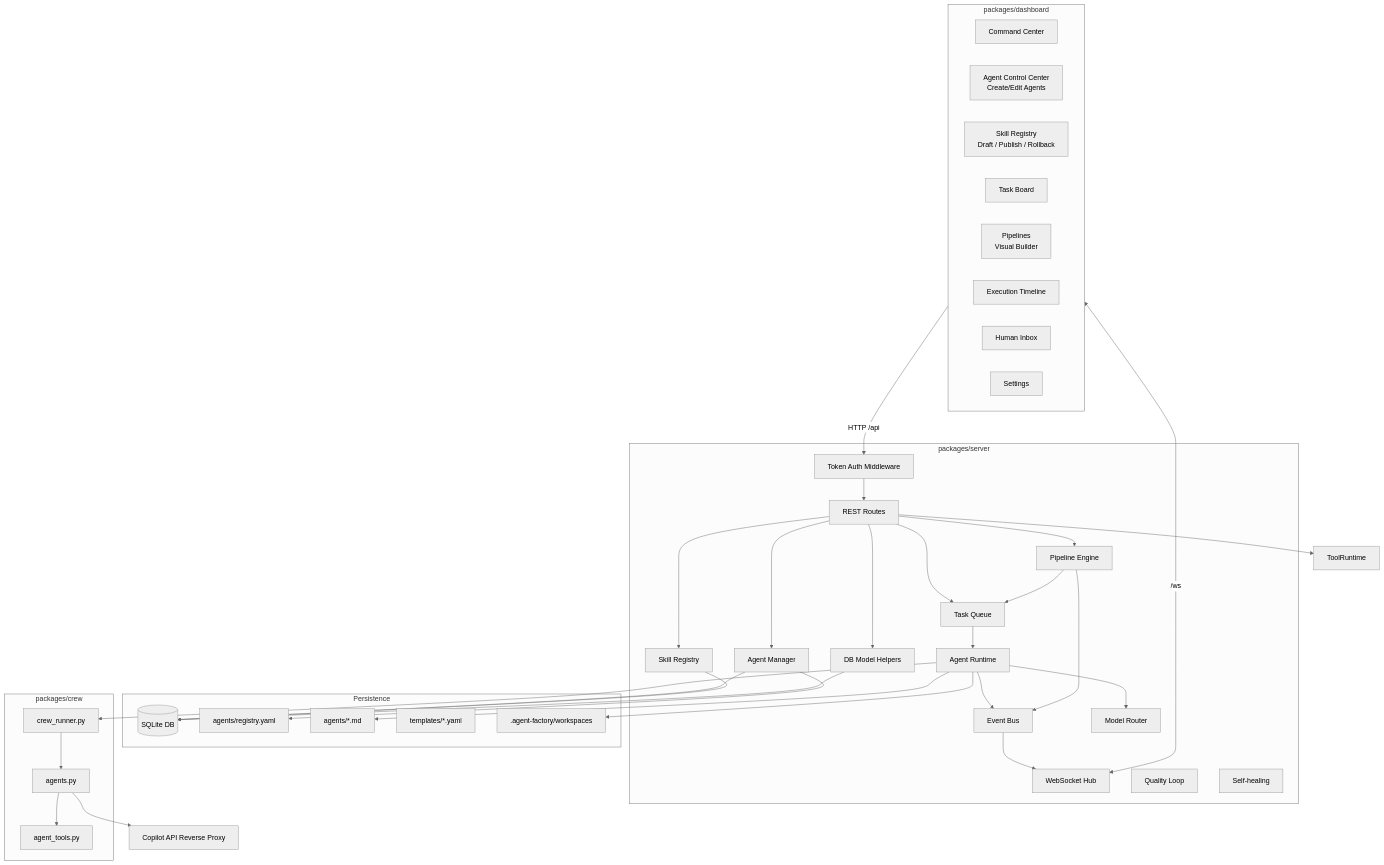
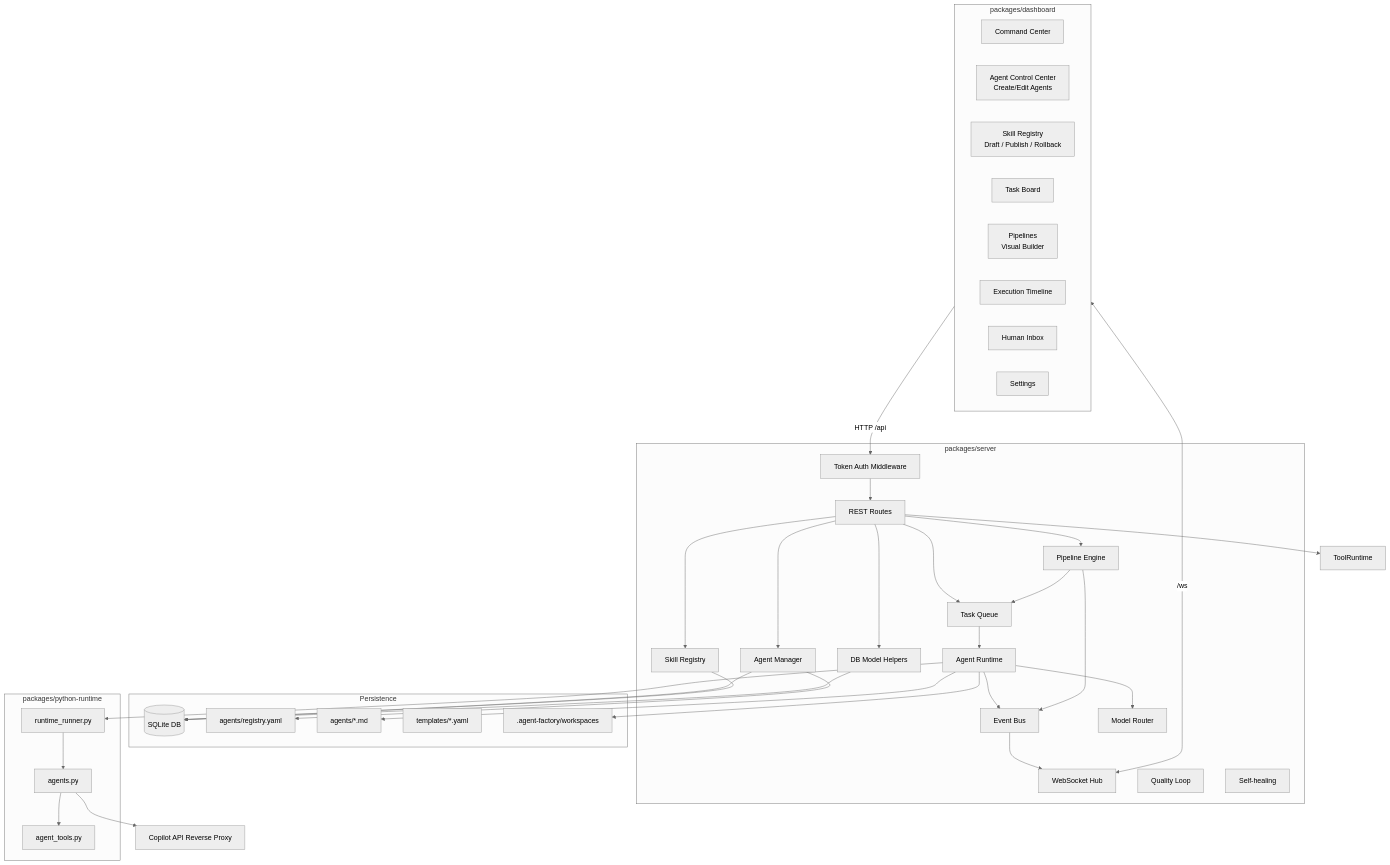
Before and after one commit to Zchary1106/Myrmecia: the second of 13 diagrams in docs/ARCHITECTURE.md, drawn with Mermaid (neutral theme). The commit also changed other lines of this file and 34 other files, not shown here.

First line of the commit message:
refactor: rename CrewAI runtime to Agent Factory Python Runtime

````diff
--- a/docs/ARCHITECTURE.md
+++ b/docs/ARCHITECTURE.md
@@ -37,68 +37,68 @@
 ```mermaid
 flowchart TB
   subgraph Dashboard["packages/dashboard"]
     Command[Command Center]
     Agents[Agent Control Center<br/>Create/Edit Agents]
     SkillPage[Skill Registry<br/>Draft / Publish / Rollback]
     Tasks[Task Board]
     Pipelines[Pipelines<br/>Visual Builder]
     Timeline[Execution Timeline]
     Inbox[Human Inbox]
     Settings[Settings]
   end
 
   subgraph Server["packages/server"]
     Auth[Token Auth Middleware]
     Routes[REST Routes]
     EventBus[Event Bus]
     WSHub[WebSocket Hub]
     AgentManager[Agent Manager]
     SkillRegistry[Skill Registry]
     TaskQueue[Task Queue]
     PipelineEngine[Pipeline Engine]
     QualityLoop[Quality Loop]
     SelfHealing[Self-healing]
     Runtime[Agent Runtime]
     ModelRouter[Model Router]
     DBModels[DB Model Helpers]
   end
 
   subgraph Data["Persistence"]
     SQLite[(SQLite DB)]
     Registry[agents/registry.yaml]
     Skills[agents/*.md]
     Templates[templates/*.yaml]
     Workspace[.agent-factory/workspaces]
   end
 
-  subgraph Python["packages/crew"]
-    Runner[crew_runner.py]
+  subgraph Python["packages/python-runtime"]
+    Runner[runtime_runner.py]
     Builder[agents.py]
     ToolRegistry[agent_tools.py]
   end
 
   Dashboard -->|HTTP /api| Auth --> Routes
   Dashboard <-->|/ws| WSHub
   Routes --> AgentManager
   Routes --> ToolRuntime
   Routes --> SkillRegistry
   Routes --> TaskQueue
   Routes --> PipelineEngine
   Routes --> DBModels
   AgentManager --> Registry
   AgentManager --> SQLite
   TaskQueue --> Runtime
   PipelineEngine --> TaskQueue
   Runtime --> Skills
   SkillRegistry --> SQLite
   Runtime --> ModelRouter
   Runtime --> Workspace
   Runtime --> Runner
   Runner --> Builder
   Builder --> ToolRegistry
   Builder --> Copilot[Copilot API Reverse Proxy]
   DBModels --> SQLite
   EventBus --> WSHub
   Runtime --> EventBus
   PipelineEngine --> EventBus
 ```
````
